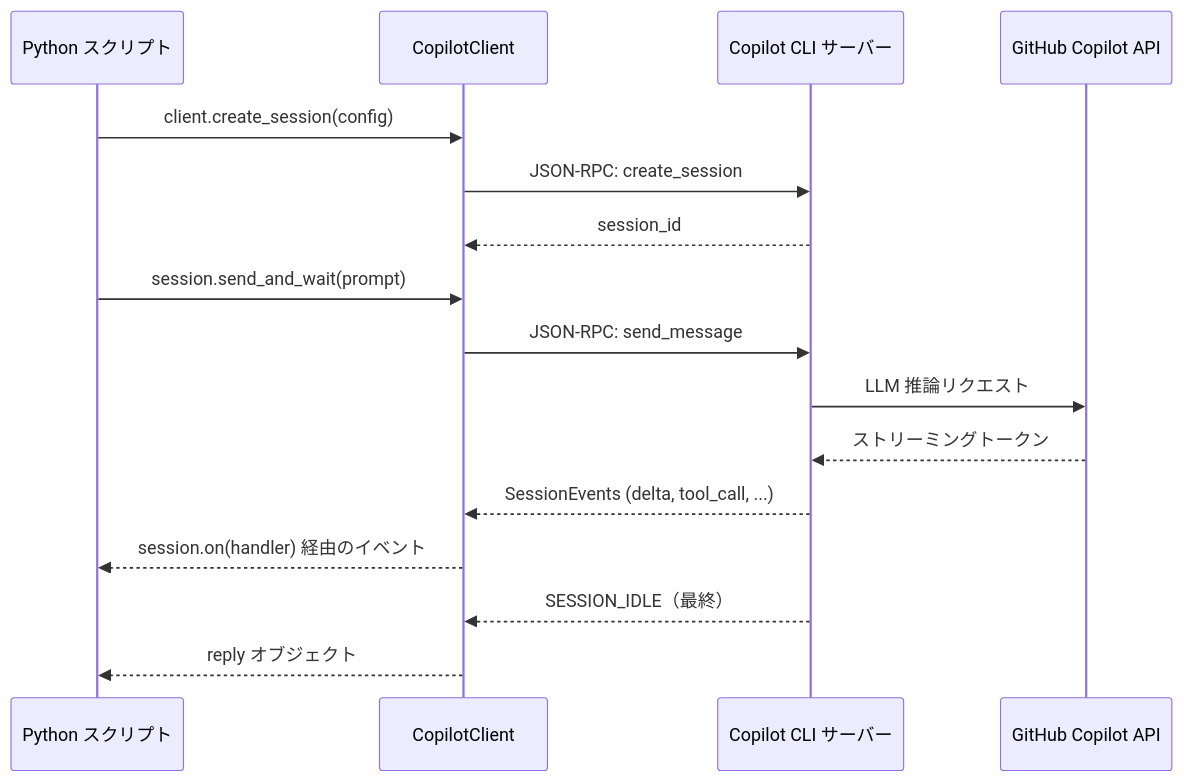
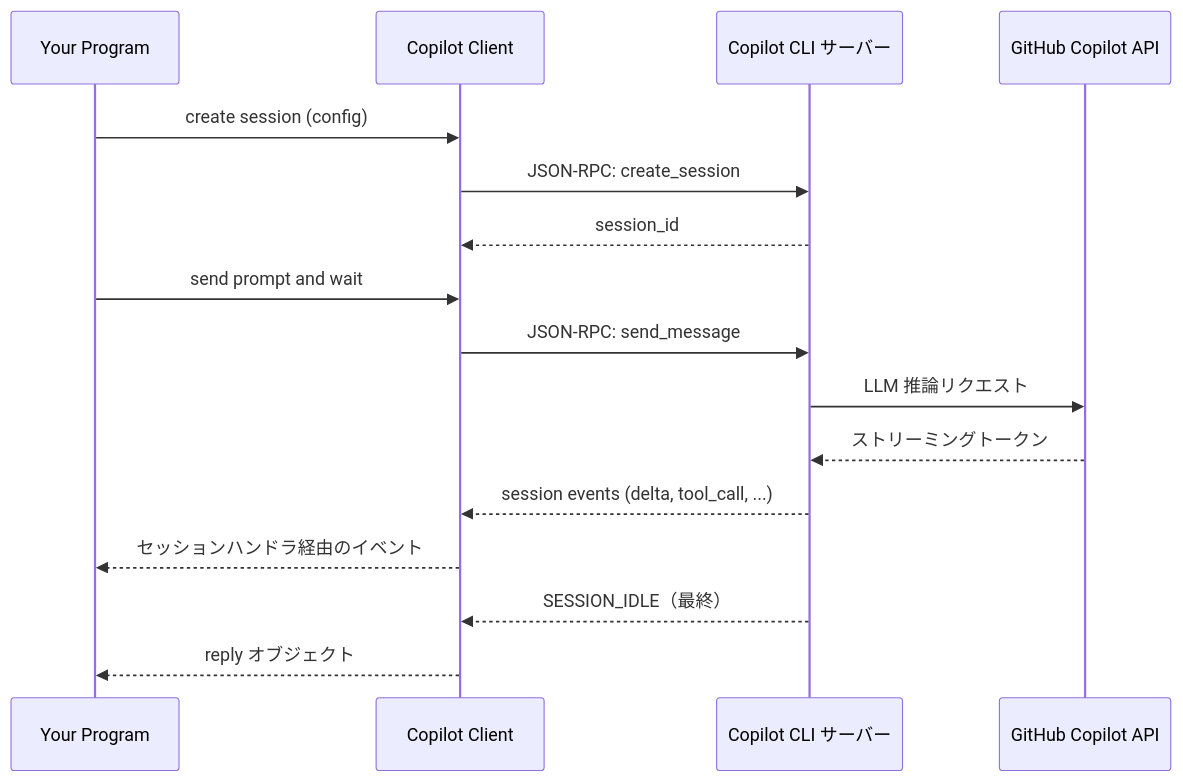
The second of 3 diagrams in docs/copilot_sdk_tutorial/architecture.ja.md (ks6088ts/template-github-copilot), drawn with Mermaid before and after one commit. The commit also changed other lines of this file and 40 other files, not shown here.

First line of the commit message:
Refactor Copilot SDK tutorial documentation and Go implementation

````diff
--- a/docs/copilot_sdk_tutorial/architecture.ja.md
+++ b/docs/copilot_sdk_tutorial/architecture.ja.md
@@ -107,20 +88,20 @@
 ```mermaid
 sequenceDiagram
-    participant Script as Python スクリプト
-    participant SDK as CopilotClient
+    participant Script as Your Program
+    participant SDK as Copilot Client
     participant CLI as Copilot CLI サーバー
     participant API as GitHub Copilot API
 
-    Script->>SDK: client.create_session(config)
+    Script->>SDK: create session (config)
     SDK->>CLI: JSON-RPC: create_session
     CLI-->>SDK: session_id
 
-    Script->>SDK: session.send_and_wait(prompt)
+    Script->>SDK: send prompt and wait
     SDK->>CLI: JSON-RPC: send_message
     CLI->>API: LLM 推論リクエスト
     API-->>CLI: ストリーミングトークン
-    CLI-->>SDK: SessionEvents (delta, tool_call, ...)
-    SDK-->>Script: session.on(handler) 経由のイベント
+    CLI-->>SDK: session events (delta, tool_call, ...)
+    SDK-->>Script: セッションハンドラ経由のイベント
     CLI-->>SDK: SESSION_IDLE（最終）
     SDK-->>Script: reply オブジェクト
 ```
````
